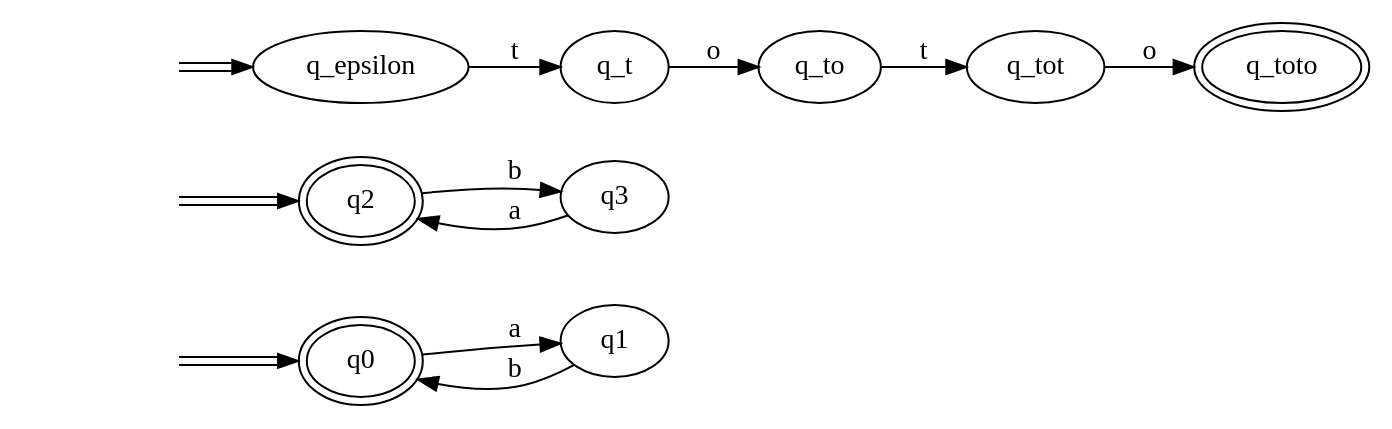
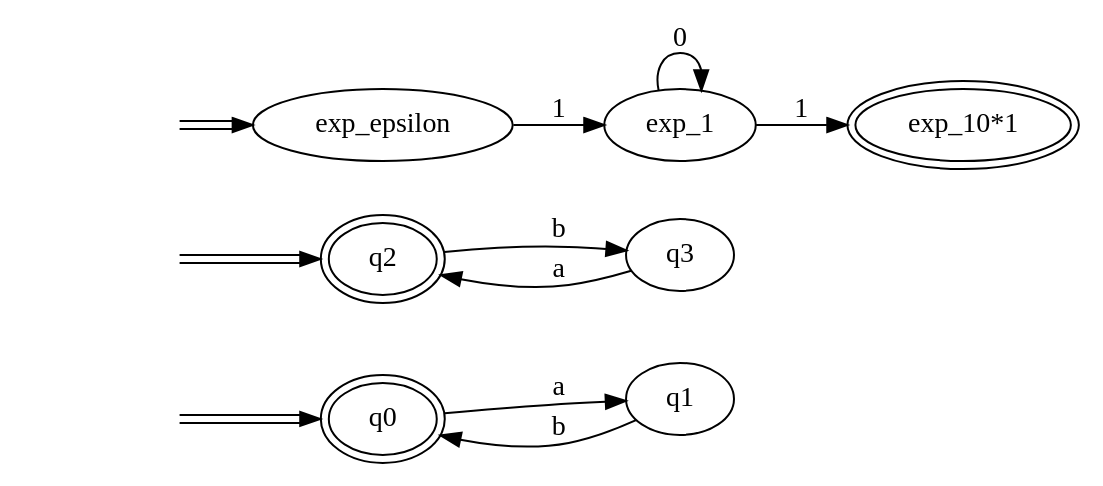
One commit to Christopher-Caroni/L3INFO changed the diagram in TDM5/ael/automate-test.dot. Above: the diagram before and after it, drawn with Graphviz. The commit also changed 6 other files, not shown here.

```diff
--- a/TDM5/ael/automate-test.dot
+++ b/TDM5/ael/automate-test.dot
@@ -1,17 +1,16 @@
 digraph Automaton { 
   rankdir = LR
-  0 [label="q0",peripheries=2];  1 [label="q1"];  2 [label="q2",peripheries=2];  3 [label="q3"];  4 [label="q_epsilon"];  5 [label="q_t"];  6 [label="q_to"];  7 [label="q_tot"];  8 [label="q_toto",peripheries=2];  start0 [style=invis]
+  0 [label="q0",peripheries=2];  1 [label="q1"];  2 [label="q2",peripheries=2];  3 [label="q3"];  4 [label="exp_epsilon"];  5 [label="exp_1"];  6 [label="exp_10*1",peripheries=2];  start0 [style=invis]
   start0 -> 0[color="black:white:black"]
   start2 [style=invis]
   start2 -> 2[color="black:white:black"]
   start4 [style=invis]
   start4 -> 4[color="black:white:black"]
   0 -> 1 [label = "a" ]
   1 -> 0 [label = "b" ]
   2 -> 3 [label = "b" ]
   3 -> 2 [label = "a" ]
-  4 -> 5 [label = "t" ]
-  5 -> 6 [label = "o" ]
-  6 -> 7 [label = "t" ]
-  7 -> 8 [label = "o" ]
+  4 -> 5 [label = "1" ]
+  5 -> 5 [label = "0" ]
+  5 -> 6 [label = "1" ]
 }
```
